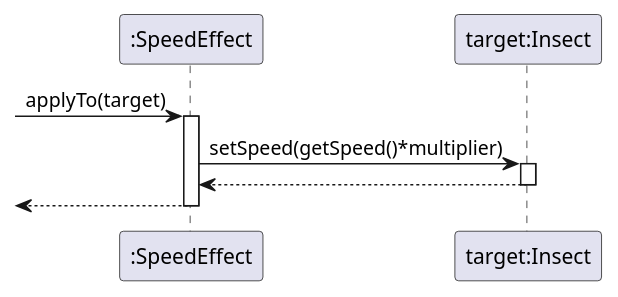
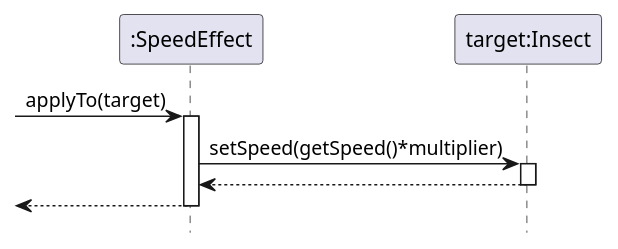
Before and after one commit to ZD4ve/projlab-error521: the diagram in SpeedEffect/application.pu, drawn with PlantUML. The commit also changed 23 other files, not shown here.

```diff
--- a/SpeedEffect/application.pu
+++ b/SpeedEffect/application.pu
@@ -1,16 +1,16 @@
-@startuml
+@startuml SpeedEffect/application
+hide footbox
+
 participant ":SpeedEffect" as effect
 participant "target:Insect" as target
 
 -> effect : applyTo(target)
 activate effect
 
 effect -> target : setSpeed(getSpeed()*multiplier)
 activate target
-
-effect <-- target
-deactivate target
+return
 
 <-- effect
 deactivate effect
 @enduml
```
